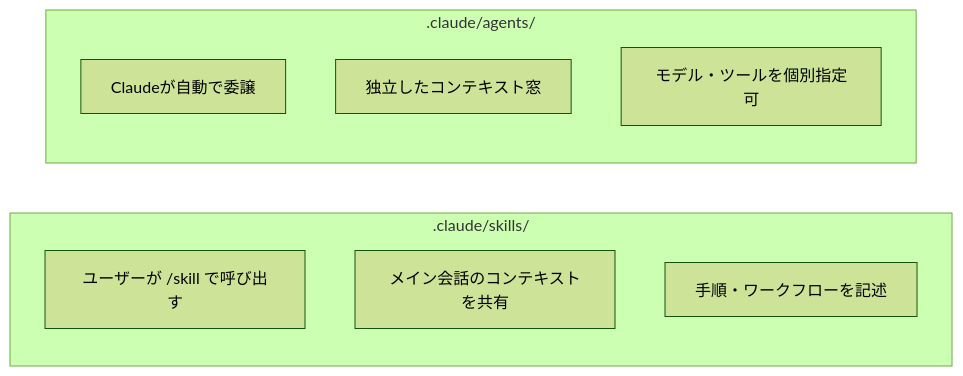
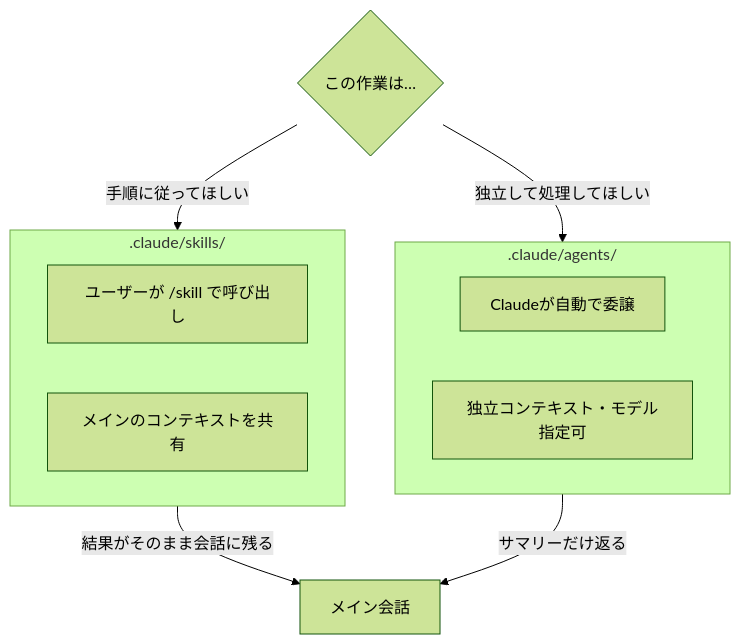
The second of 3 diagrams in docs/AI_COLLABORATION.md (taichi-t/claude), drawn with Mermaid (forest theme) before and after one commit. The commit also changed other lines of this file, not shown here.

Commit message:
Replace skills vs agents table with decision flowchart
表を判断フローチャートに置き換え。
「手順に従ってほしい→skill」「独立処理→agent」の分岐を図で表現。

https://claude.ai/code/session_016gUnTojp3HBXcCSGgHM1WQ

````diff
--- a/docs/AI_COLLABORATION.md
+++ b/docs/AI_COLLABORATION.md
@@ -54,14 +54,20 @@
 ```mermaid
-flowchart LR
-    subgraph skills[".claude/skills/"]
-        S1["ユーザーが /skill で呼び出す"]
-        S2["メイン会話のコンテキストを共有"]
-        S3["手順・ワークフローを記述"]
+flowchart TD
+    Task{"この作業は…"} -->|手順に従ってほしい| Skill
+    Task -->|独立して処理してほしい| Agent
+
+    subgraph Skill[".claude/skills/"]
+        direction LR
+        SK1["ユーザーが /skill で呼び出し"]
+        SK2["メインのコンテキストを共有"]
     end
 
-    subgraph agents[".claude/agents/"]
-        A1["Claudeが自動で委譲"]
-        A2["独立したコンテキスト窓"]
-        A3["モデル・ツールを個別指定可"]
+    subgraph Agent[".claude/agents/"]
+        direction LR
+        AG1["Claudeが自動で委譲"]
+        AG2["独立コンテキスト・モデル指定可"]
     end
+
+    Skill -->|結果がそのまま会話に残る| Main["メイン会話"]
+    Agent -->|サマリーだけ返る| Main
 ```
````
